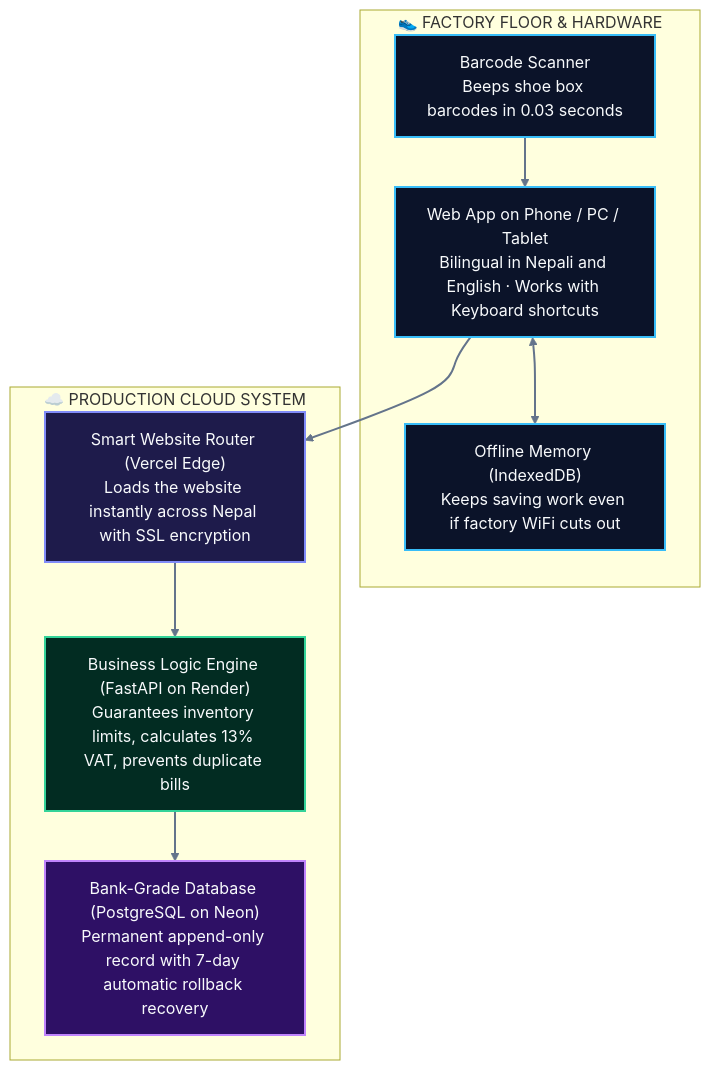
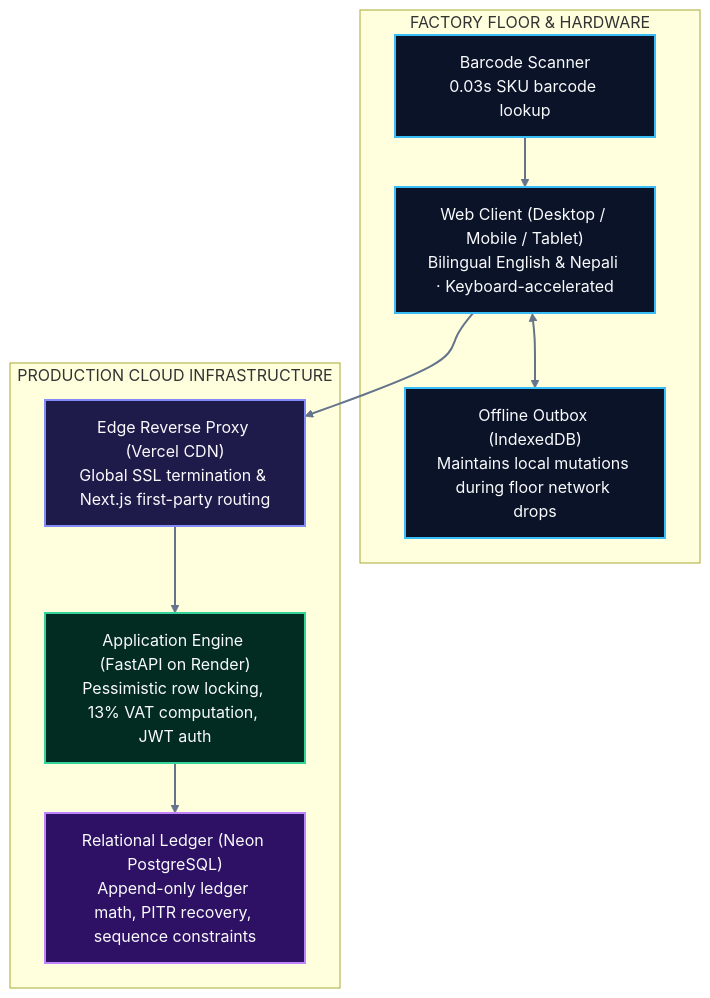
Before and after one commit to Sishir120/livo-footwear-erp: the second of 2 diagrams in README.md, drawn with Mermaid. The commit also changed other lines of this file, not shown here.

````diff
--- a/README.md
+++ b/README.md
@@ -167,27 +72,27 @@
 ```mermaid
 flowchart TD
     classDef user fill:#0b1329,stroke:#38bdf8,stroke-width:2px,color:#f8fafc;
     classDef web fill:#1e1b4b,stroke:#818cf8,stroke-width:2px,color:#f8fafc;
     classDef api fill:#022c22,stroke:#34d399,stroke-width:2px,color:#f8fafc;
     classDef db fill:#2e1065,stroke:#c084fc,stroke-width:2px,color:#f8fafc;
 
-    subgraph FACTORY ["👟 FACTORY FLOOR & HARDWARE"]
-        SCAN["Barcode Scanner<br/>Beeps shoe box barcodes in 0.03 seconds"]:::user
-        APP["Web App on Phone / PC / Tablet<br/>Bilingual in Nepali and English · Works with Keyboard shortcuts"]:::user
-        OFFLINE["Offline Memory (IndexedDB)<br/>Keeps saving work even if factory WiFi cuts out"]:::user
+    subgraph FACTORY ["FACTORY FLOOR & HARDWARE"]
+        SCAN["Barcode Scanner<br/>0.03s SKU barcode lookup"]:::user
+        APP["Web Client (Desktop / Mobile / Tablet)<br/>Bilingual English & Nepali · Keyboard-accelerated"]:::user
+        OFFLINE["Offline Outbox (IndexedDB)<br/>Maintains local mutations during floor network drops"]:::user
     end
 
-    subgraph CLOUD ["☁️ PRODUCTION CLOUD SYSTEM"]
-        ROUTER["Smart Website Router (Vercel Edge)<br/>Loads the website instantly across Nepal with SSL encryption"]:::web
-        ENGINE["Business Logic Engine (FastAPI on Render)<br/>Guarantees inventory limits, calculates 13% VAT, prevents duplicate bills"]:::api
-        DATABASE["Bank-Grade Database (PostgreSQL on Neon)<br/>Permanent append-only record with 7-day automatic rollback recovery"]:::db
+    subgraph CLOUD ["PRODUCTION CLOUD INFRASTRUCTURE"]
+        ROUTER["Edge Reverse Proxy (Vercel CDN)<br/>Global SSL termination & Next.js first-party routing"]:::web
+        ENGINE["Application Engine (FastAPI on Render)<br/>Pessimistic row locking, 13% VAT computation, JWT auth"]:::api
+        DATABASE["Relational Ledger (Neon PostgreSQL)<br/>Append-only ledger math, PITR recovery, sequence constraints"]:::db
     end
 
     SCAN --> APP
     APP <--> OFFLINE
     APP --> ROUTER
     ROUTER --> ENGINE
     ENGINE --> DATABASE
 
     linkStyle default stroke:#64748b,stroke-width:2px;
 ```
````
